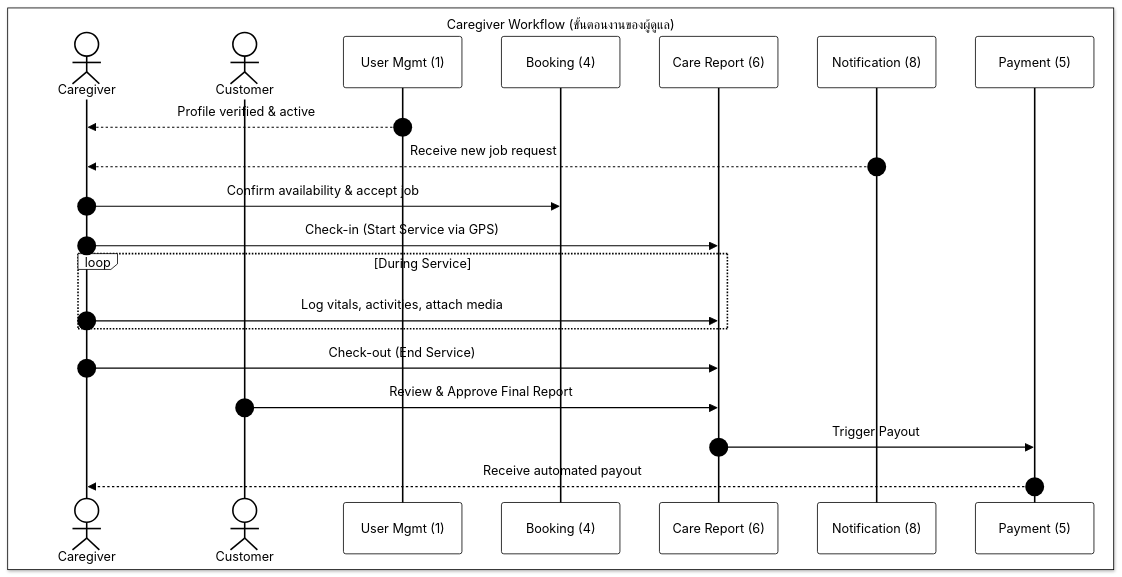
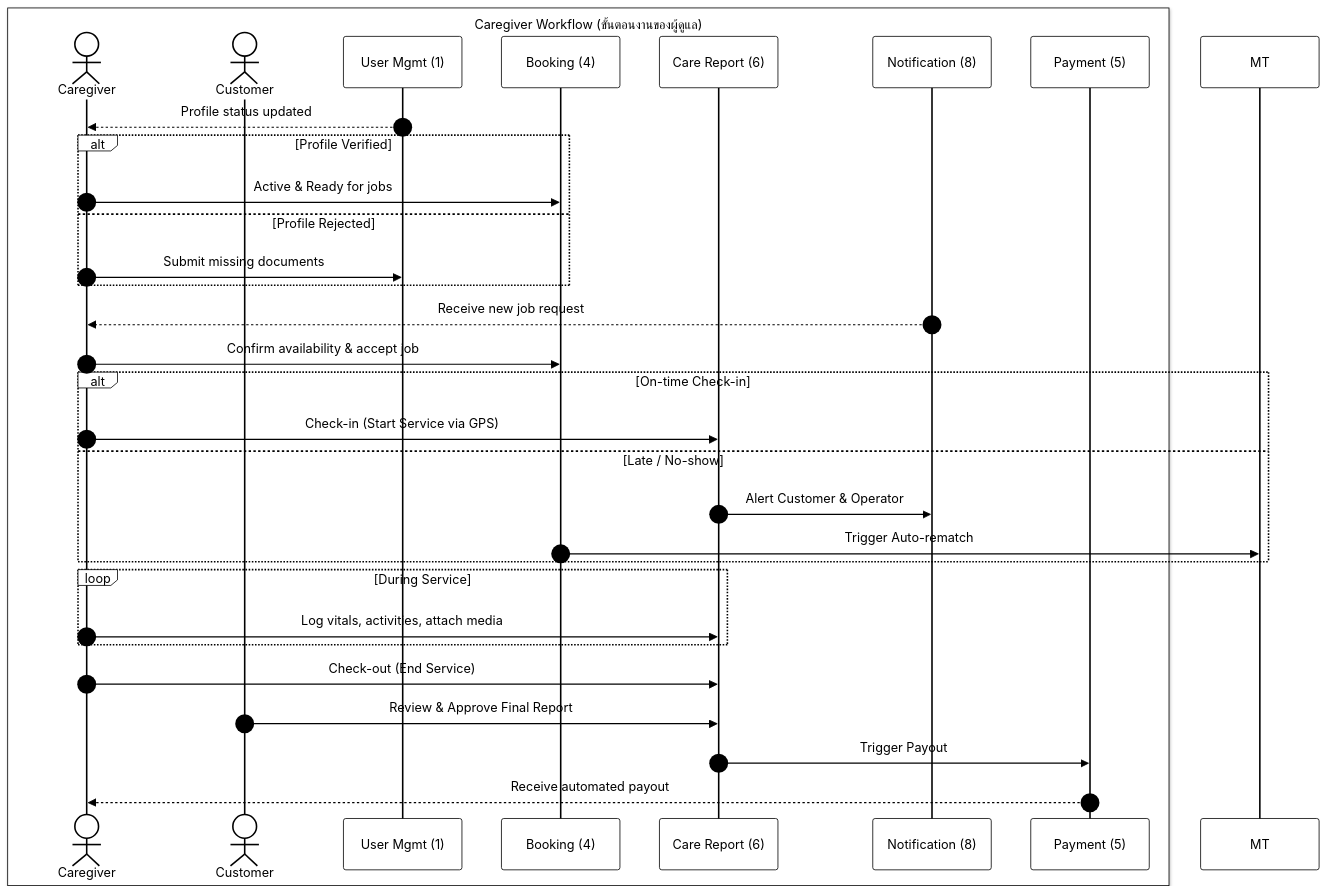
Before and after one commit to warattapobwaiarsa/CareDee_Project_Doc: the third of 6 diagrams in workflow/WORKFLOW.md, drawn with Mermaid. The commit also changed other lines of this file and 6 other files, not shown here.

````diff
--- a/workflow/WORKFLOW.md
+++ b/workflow/WORKFLOW.md
@@ -142,27 +148,37 @@
 ```mermaid
 %%{init: { 'theme': 'base', 'themeVariables': { 'darkMode': false, 'background': '#ffffff', 'mainBkg': '#ffffff', 'primaryColor': '#ffffff', 'primaryTextColor': '#000000', 'primaryBorderColor': '#000000', 'lineColor': '#000000', 'secondaryColor': '#ffffff', 'tertiaryColor': '#ffffff', 'actorBkg': '#ffffff', 'actorTextColor': '#000000', 'actorLineColor': '#000000', 'participantBkg': '#ffffff', 'participantTextColor': '#000000', 'participantBorderColor': '#000000', 'signalColor': '#000000', 'signalTextColor': '#000000', 'labelTextColor': '#000000', 'loopTextColor': '#000000', 'noteBkgColor': '#ffffff', 'noteTextColor': '#000000', 'activationBkgColor': '#ffffff', 'activationBorderColor': '#000000', 'sequenceNumberColor': '#000000' }, 'themeCSS': 'svg { background-color: white !important; background: white !important; } rect, circle, path, line, polygon, .labelBox, .cluster rect, .actor, .participant, .note, .activation { fill: white !important; stroke: black !important; stroke-width: 2px !important; } text, tspan, .loopText, .messageText, .noteText, .sequenceNumber { fill: black !important; color: black !important; font-weight: bold !important; font-size: 14px !important; } .cluster rect { stroke-dasharray: 0 !important; }' } }%%
 sequenceDiagram
     autonumber
 
     box white Caregiver Workflow (ขั้นตอนงานของผู้ดูแล)
         actor CG as Caregiver
         actor C as Customer
         participant UM as User Mgmt (1)
         participant BK as Booking (4)
         participant CR as Care Report (6)
         participant NT as Notification (8)
         participant PM as Payment (5)
     end
 
-    UM-->>CG: Profile verified & active
+    UM-->>CG: Profile status updated
+    alt Profile Verified
+        CG->>BK: Active & Ready for jobs
+    else Profile Rejected
+        CG->>UM: Submit missing documents
+    end
     NT-->>CG: Receive new job request
     CG->>BK: Confirm availability & accept job
-    CG->>CR: Check-in (Start Service via GPS)
+    alt On-time Check-in
+        CG->>CR: Check-in (Start Service via GPS)
+    else Late / No-show
+        CR->>NT: Alert Customer & Operator
+        BK->>MT: Trigger Auto-rematch
+    end
     loop During Service
         CG->>CR: Log vitals, activities, attach media
     end
     CG->>CR: Check-out (End Service)
     C->>CR: Review & Approve Final Report
     CR->>PM: Trigger Payout
     PM-->>CG: Receive automated payout
 ```
````
